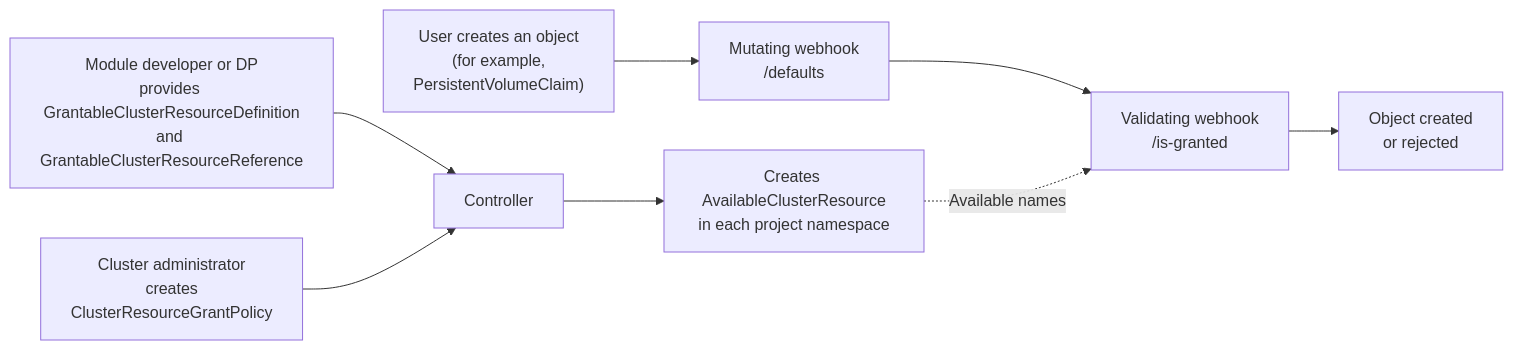
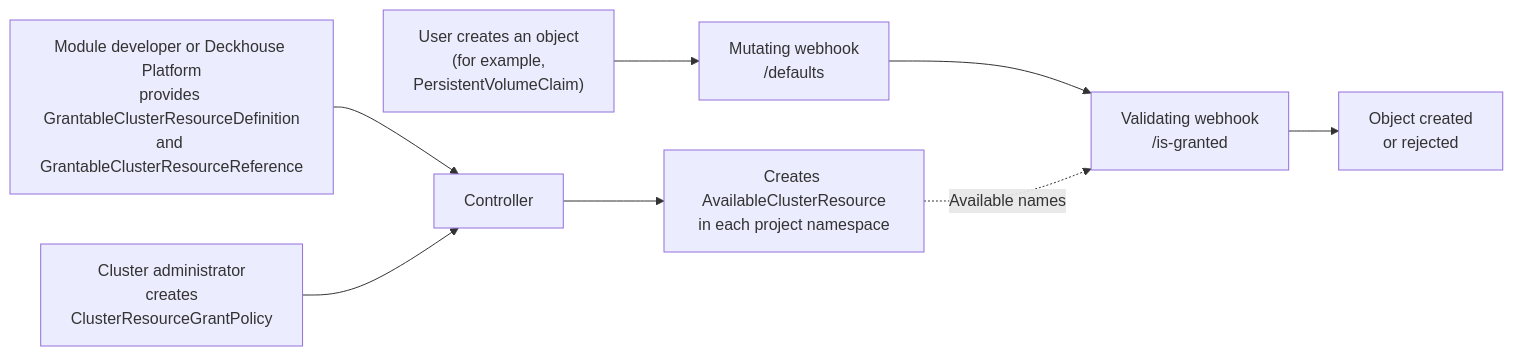
One commit to deckhouse/deckhouse changed the diagram in modules/160-multitenancy-manager/docs/README.md. Above: the diagram before and after it, drawn with Mermaid. The commit also changed other lines of this file and 13 other files, not shown here.

```diff
--- a/modules/160-multitenancy-manager/docs/README.md
+++ b/modules/160-multitenancy-manager/docs/README.md
@@ -119,10 +119,10 @@
 <pre class="mermaid">
 flowchart LR
-    A["Module developer or DP<br/>provides GrantableClusterResourceDefinition<br/>and GrantableClusterResourceReference"] --> C
+    A["Module developer or Deckhouse Platform<br/>provides GrantableClusterResourceDefinition<br/>and GrantableClusterResourceReference"] --> C
     B["Cluster administrator<br/>creates<br/>ClusterResourceGrantPolicy"] --> C["Controller"]
     C --> D["Creates AvailableClusterResource<br/>in each project namespace"]
     E["User creates an object<br/>(for example,<br/>PersistentVolumeClaim)"] --> F["Mutating webhook<br/>/defaults"]
     F --> G["Validating webhook<br/>/is-granted"]
     D -. Available names .-> G
     G --> H["Object created<br/>or rejected"]
 </pre>
```
